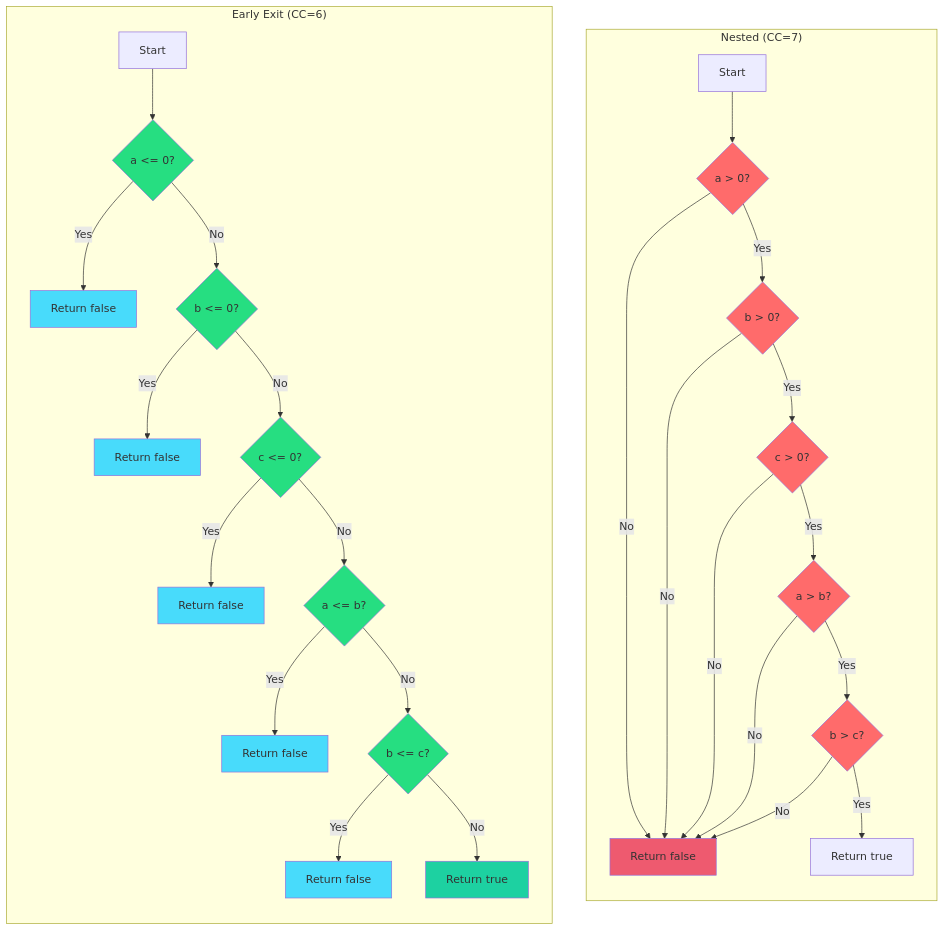
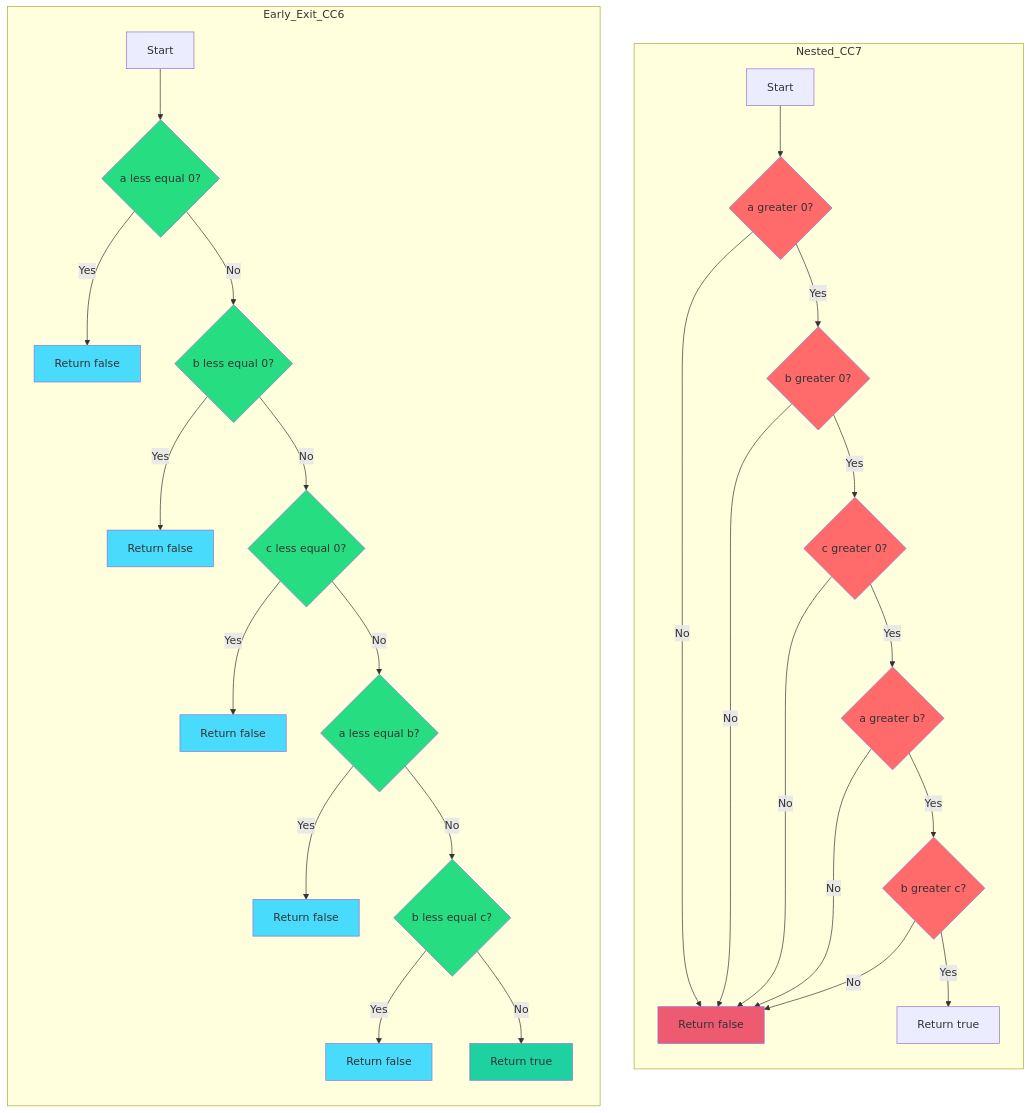
The fourth of 8 diagrams in 02-early-exit-pattern.md (IAFahim/data-oriented-design-standards), drawn with Mermaid before and after one commit. The commit also changed other lines of this file and 1 other file, not shown here.

````diff
--- a/02-early-exit-pattern.md
+++ b/02-early-exit-pattern.md
@@ -316,51 +318,51 @@
 ```mermaid
 graph TB
-    subgraph "Nested (CC=7)"
+    subgraph Nested_CC7
         direction TB
-        N1[Start] --> N2{a > 0?}
+        N1[Start] --> N2{a greater 0?}
         N2 -->|No| NF[Return false]
-        N2 -->|Yes| N3{b > 0?}
+        N2 -->|Yes| N3{b greater 0?}
         N3 -->|No| NF
-        N3 -->|Yes| N4{c > 0?}
+        N3 -->|Yes| N4{c greater 0?}
         N4 -->|No| NF
-        N4 -->|Yes| N5{a > b?}
+        N4 -->|Yes| N5{a greater b?}
         N5 -->|No| NF
-        N5 -->|Yes| N6{b > c?}
+        N5 -->|Yes| N6{b greater c?}
         N6 -->|No| NF
         N6 -->|Yes| NT[Return true]
         
         style N2 fill:#ff6b6b
         style N3 fill:#ff6b6b
         style N4 fill:#ff6b6b
         style N5 fill:#ff6b6b
         style N6 fill:#ff6b6b
         style NF fill:#ee5a6f
     end
     
-    subgraph "Early Exit (CC=6)"
+    subgraph Early_Exit_CC6
         direction TB
-        E1[Start] --> E2{a <= 0?}
+        E1[Start] --> E2{a less equal 0?}
         E2 -->|Yes| EF1[Return false]
-        E2 -->|No| E3{b <= 0?}
+        E2 -->|No| E3{b less equal 0?}
         E3 -->|Yes| EF2[Return false]
-        E3 -->|No| E4{c <= 0?}
+        E3 -->|No| E4{c less equal 0?}
         E4 -->|Yes| EF3[Return false]
-        E4 -->|No| E5{a <= b?}
+        E4 -->|No| E5{a less equal b?}
         E5 -->|Yes| EF4[Return false]
-        E5 -->|No| E6{b <= c?}
+        E5 -->|No| E6{b less equal c?}
         E6 -->|Yes| EF5[Return false]
         E6 -->|No| ET[Return true]
         
         style E2 fill:#26de81
         style E3 fill:#26de81
         style E4 fill:#26de81
         style E5 fill:#26de81
         style E6 fill:#26de81
         style ET fill:#1dd1a1
         style EF1 fill:#48dbfb
         style EF2 fill:#48dbfb
         style EF3 fill:#48dbfb
         style EF4 fill:#48dbfb
         style EF5 fill:#48dbfb
     end
 ```
````
